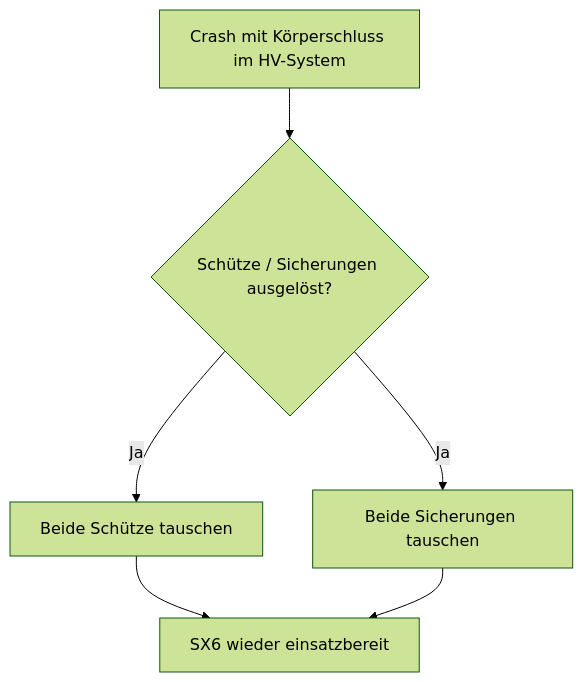
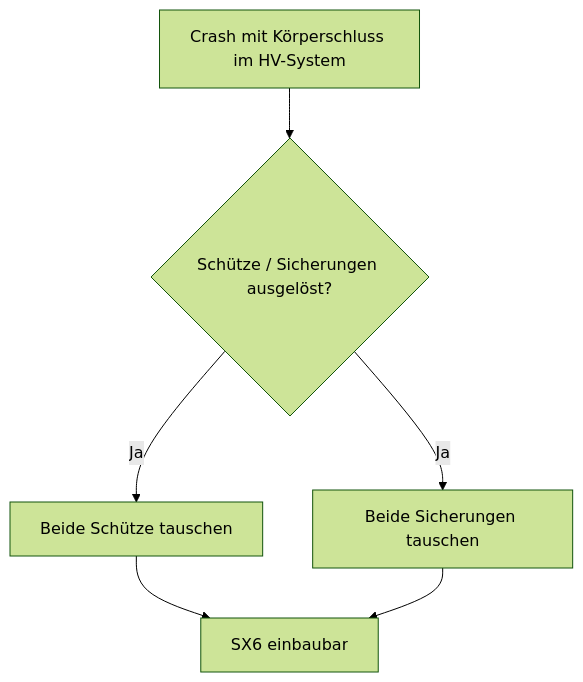
Before and after one commit to Marco-Polo20/Audi-E-Tron-GT-HV-Reset: the first of 2 diagrams in README.md, drawn with Mermaid (forest theme). The commit also changed other lines of this file, not shown here.

````diff
--- a/README.md
+++ b/README.md
@@ -42,8 +41,8 @@
 ```mermaid
 flowchart TD
     A[Crash mit Körperschluss im HV-System] --> B{Schütze / Sicherungen ausgelöst?}
     B -->|Ja| C[Beide Schütze tauschen]
     B -->|Ja| D[Beide Sicherungen tauschen]
-    C --> E[SX6 wieder einsatzbereit]
+    C --> E[SX6 einbaubar]
     D --> E
 ```
````
